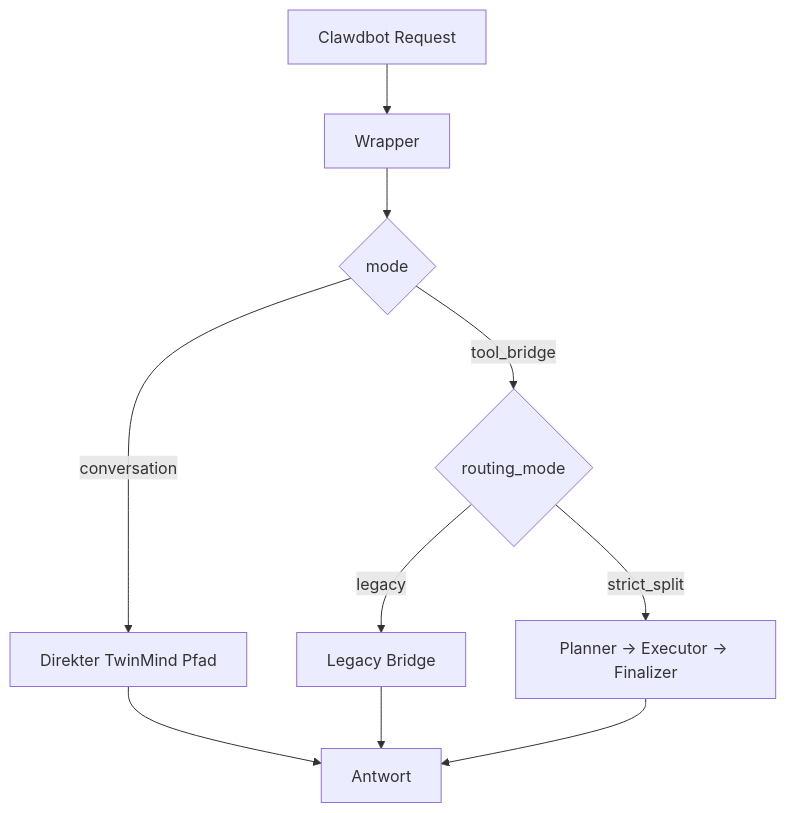
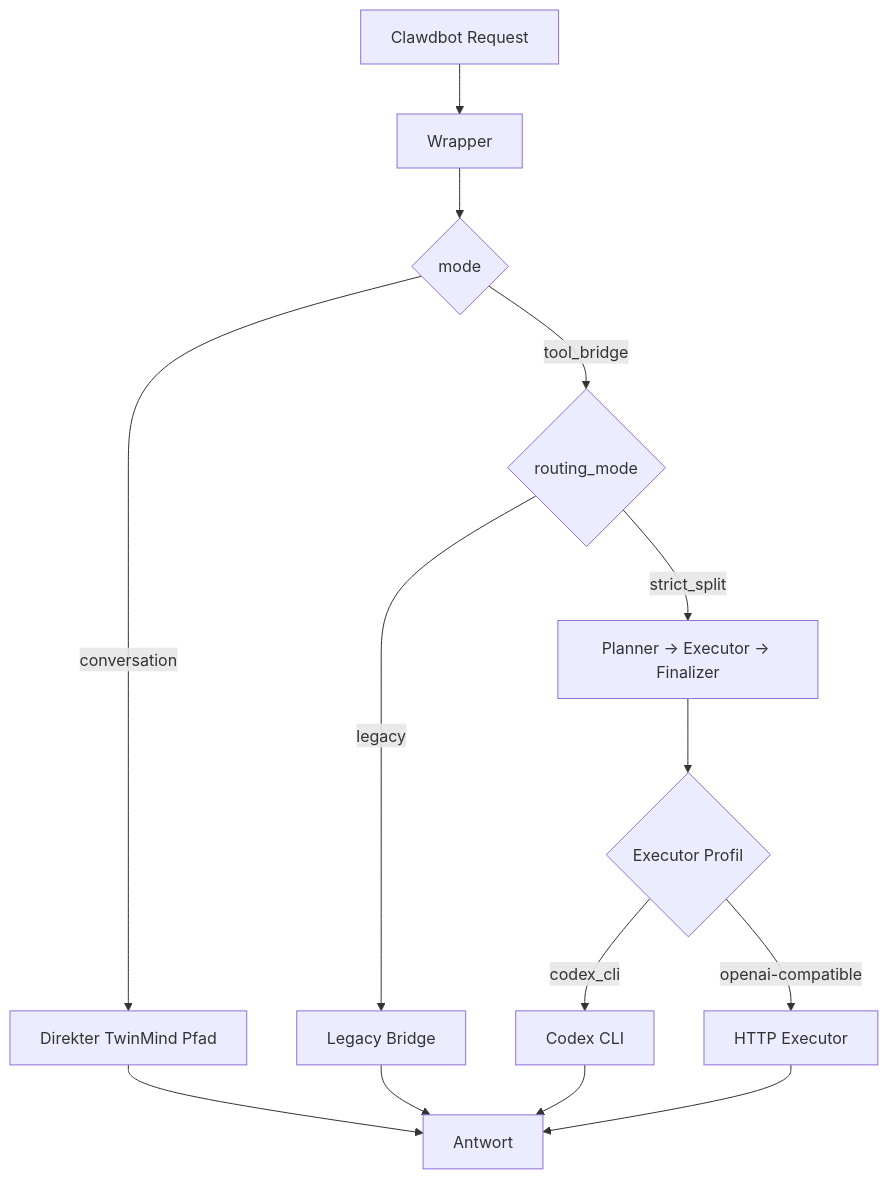
The diagram in docs/00-start-here.md (Gaiser147/clawdbot-twinmind-split-kit), drawn with Mermaid before and after one commit. The commit also changed other lines of this file and 9 other files, not shown here.

````diff
--- a/docs/00-start-here.md
+++ b/docs/00-start-here.md
@@ -57,12 +85,16 @@
 ```mermaid
 flowchart TD
     A[Clawdbot Request] --> B[Wrapper]
     B --> C{mode}
     C -->|conversation| D[Direkter TwinMind Pfad]
     C -->|tool_bridge| E{routing_mode}
     E -->|legacy| F[Legacy Bridge]
     E -->|strict_split| G[Planner -> Executor -> Finalizer]
-    D --> H[Antwort]
-    F --> H
-    G --> H
+    G --> H{Executor Profil}
+    H -->|codex_cli| I[Codex CLI]
+    H -->|openai-compatible| J[HTTP Executor]
+    D --> K[Antwort]
+    F --> K
+    I --> K
+    J --> K
 ```
````
